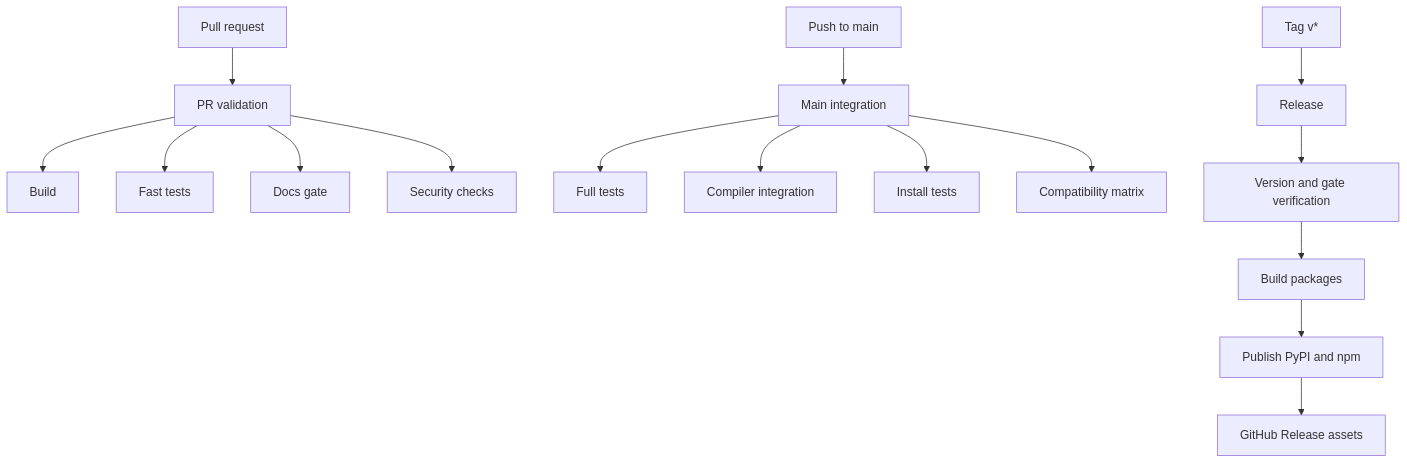
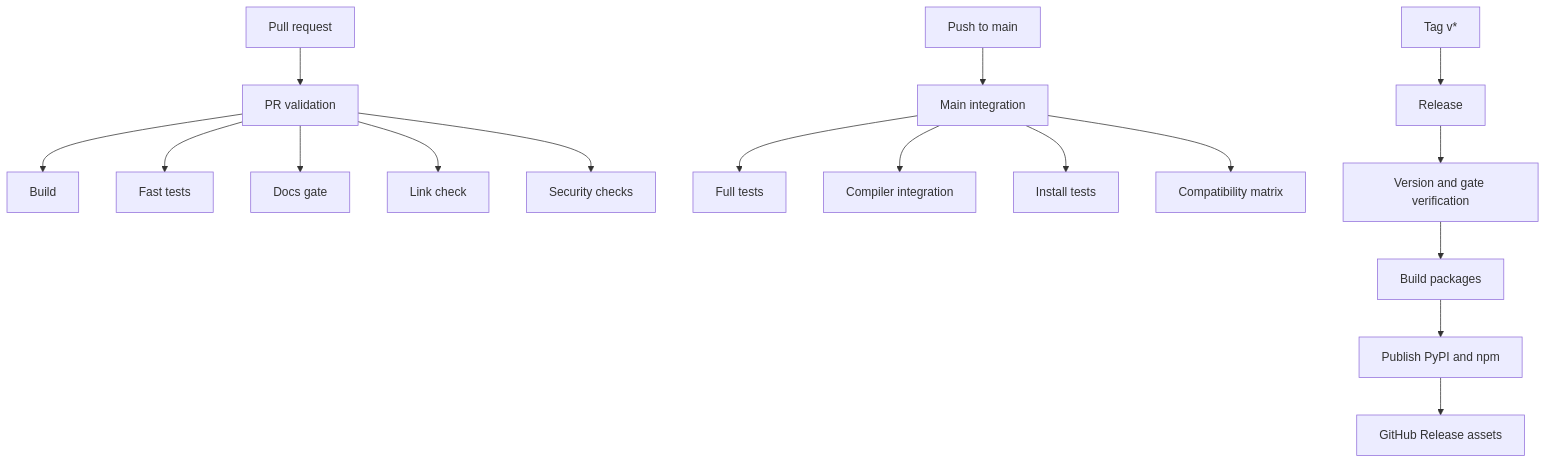
One commit to zuudevs/typcast changed the diagram in docs/development/ci-cd.md. Above: the diagram before and after it, drawn with Mermaid. The commit also changed other lines of this file and 16 other files, not shown here.

````diff
--- a/docs/development/ci-cd.md
+++ b/docs/development/ci-cd.md
@@ -25,18 +25,19 @@
 ```mermaid
 flowchart TD
   PR["Pull request"] --> PV["PR validation"]
   PV --> B["Build"]
   PV --> F["Fast tests"]
   PV --> D["Docs gate"]
+  PV --> L["Link check"]
   PV --> S["Security checks"]
   M["Push to main"] --> MI["Main integration"]
   MI --> FT["Full tests"]
   MI --> CI["Compiler integration"]
   MI --> IT["Install tests"]
   MI --> MX["Compatibility matrix"]
   T["Tag v*"] --> R["Release"]
   R --> V["Version and gate verification"]
   V --> P["Build packages"]
   P --> PUB["Publish PyPI and npm"]
   PUB --> GH["GitHub Release assets"]
 ```
````
